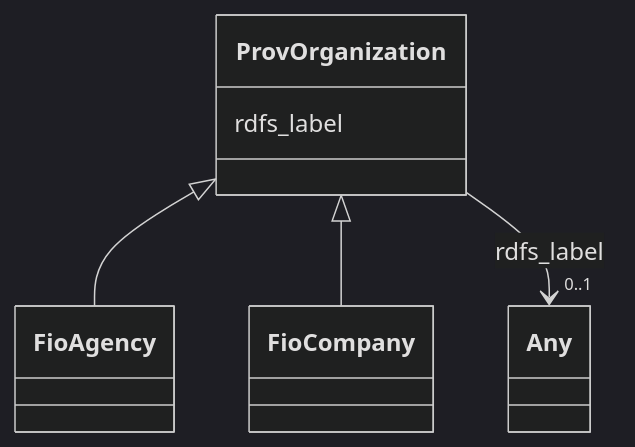
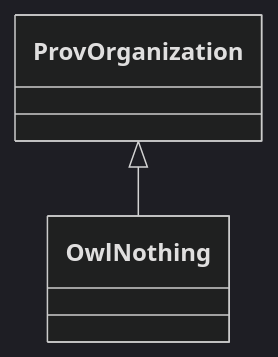
Before and after one commit to frink-okn/graph-descriptions: the diagram in fio-kg/classes/ProvOrganization.md, drawn with Mermaid (dark theme). The commit also changed other lines of this file and 447 other files, not shown here.

````diff
--- a/fio-kg/classes/ProvOrganization.md
+++ b/fio-kg/classes/ProvOrganization.md
@@ -23,20 +21,9 @@
 ```mermaid
  classDiagram
     class ProvOrganization
     click ProvOrganization href "../ProvOrganization"
-      ProvOrganization <|-- FioAgency
-        click FioAgency href "../FioAgency"
-      ProvOrganization <|-- FioCompany
-        click FioCompany href "../FioCompany"
+      ProvOrganization <|-- OwlNothing
+        click OwlNothing href "../OwlNothing"
       
-      ProvOrganization : rdfs_label
-        
-          
-    
-    
-    ProvOrganization --> "0..1" Any : rdfs_label
-    click Any href "../Any"
-
-        
       
 ```
````
